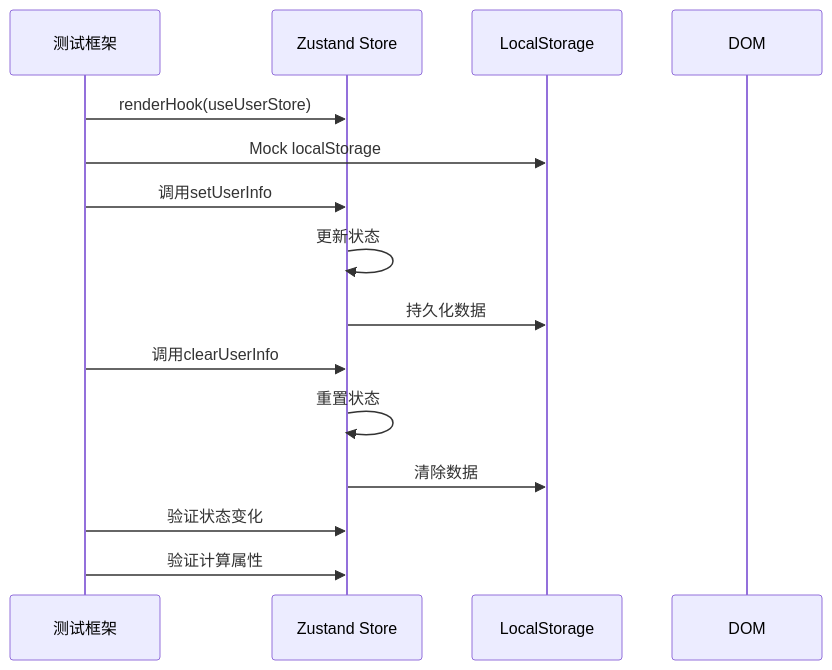
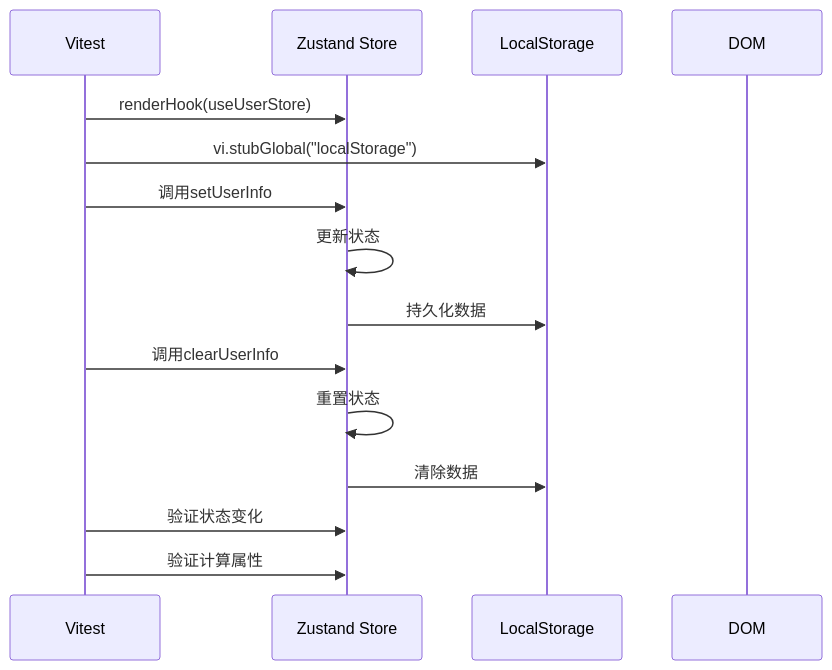
One commit to fengerzh/react-vscode-template changed the fourth of 11 diagrams in .qoder/repowiki/zh/content/测试策略/单元测试.md. Above: the diagram before and after it, drawn with Mermaid. The commit also changed other lines of this file and 15 other files, not shown here.

````diff
--- a/.qoder/repowiki/zh/content/测试策略/单元测试.md
+++ b/.qoder/repowiki/zh/content/测试策略/单元测试.md
@@ -158,17 +171,17 @@
 ```mermaid
 sequenceDiagram
-participant 测试框架 as 测试框架
+participant 测试框架 as Vitest
 participant ZustandStore as Zustand Store
 participant LocalStorage as LocalStorage
 participant DOM as DOM
 测试框架->>ZustandStore : renderHook(useUserStore)
-测试框架->>LocalStorage : Mock localStorage
+测试框架->>LocalStorage : vi.stubGlobal("localStorage")
 测试框架->>ZustandStore : 调用setUserInfo
 ZustandStore->>ZustandStore : 更新状态
 ZustandStore->>LocalStorage : 持久化数据
 测试框架->>ZustandStore : 调用clearUserInfo
 ZustandStore->>ZustandStore : 重置状态
 ZustandStore->>LocalStorage : 清除数据
 测试框架->>ZustandStore : 验证状态变化
 测试框架->>ZustandStore : 验证计算属性
 ```
````
